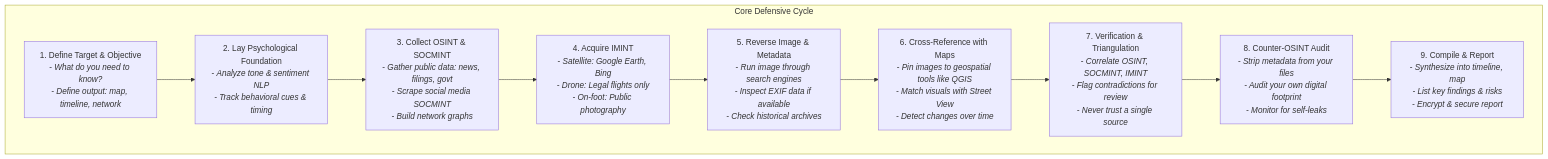
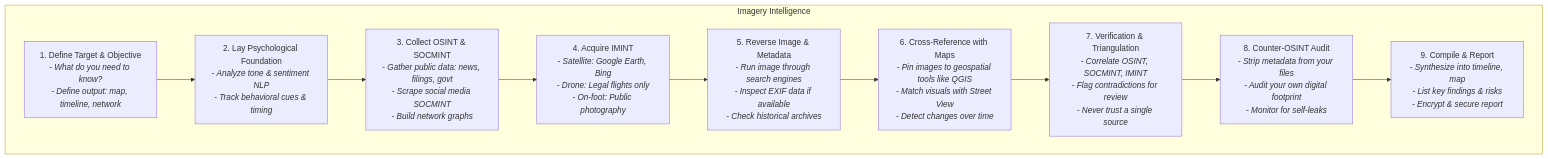
The diagram in IMINT.md (airborne-commando/OPSEC-OSINT-Tools), drawn with Mermaid before and after one commit.

````diff
--- a/IMINT.md
+++ b/IMINT.md
@@ -167,42 +167,42 @@
 ```mermaid
 flowchart TD
     A[1. Define Target & Objective<br/>- <i>What do you need to know?<br/>- Define output: map, timeline, network</i>]
     
     B[2. Lay Psychological Foundation<br/>- <i>Analyze tone & sentiment NLP<br/>- Track behavioral cues & timing</i>]
     
     C[3. Collect OSINT & SOCMINT<br/>- <i>Gather public data: news, filings, govt<br/>- Scrape social media SOCMINT<br/>- Build network graphs</i>]
     
     D[4. Acquire IMINT<br/>- <i>Satellite: Google Earth, Bing<br/>- Drone: Legal flights only<br/>- On-foot: Public photography</i>]
     
     E[5. Reverse Image & Metadata<br/>- <i>Run image through search engines<br/>- Inspect EXIF data if available<br/>- Check historical archives</i>]
     
     F[6. Cross-Reference with Maps<br/>- <i>Pin images to geospatial tools like QGIS<br/>- Match visuals with Street View<br/>- Detect changes over time</i>]
     
     G[7. Verification & Triangulation<br/>- <i>Correlate OSINT, SOCMINT, IMINT<br/>- Flag contradictions for review<br/>- Never trust a single source</i>]
     
     H[8. Counter-OSINT Audit<br/>- <i>Strip metadata from your files<br/>- Audit your own digital footprint<br/>- Monitor for self-leaks</i>]
     
     I[9. Compile & Report<br/>- <i>Synthesize into timeline, map<br/>- List key findings & risks<br/>- Encrypt & secure report</i>]
 
     A --> B
     B --> C
     C --> D
     D --> E
     E --> F
     F --> G
     G --> H
     H --> I
 
 
-    subgraph "Core Defensive Cycle"
+    subgraph "Imagery Intelligence"
         A
         B
         C
         D
         E
         F
         G
         H
         I
     end
 ```
````
